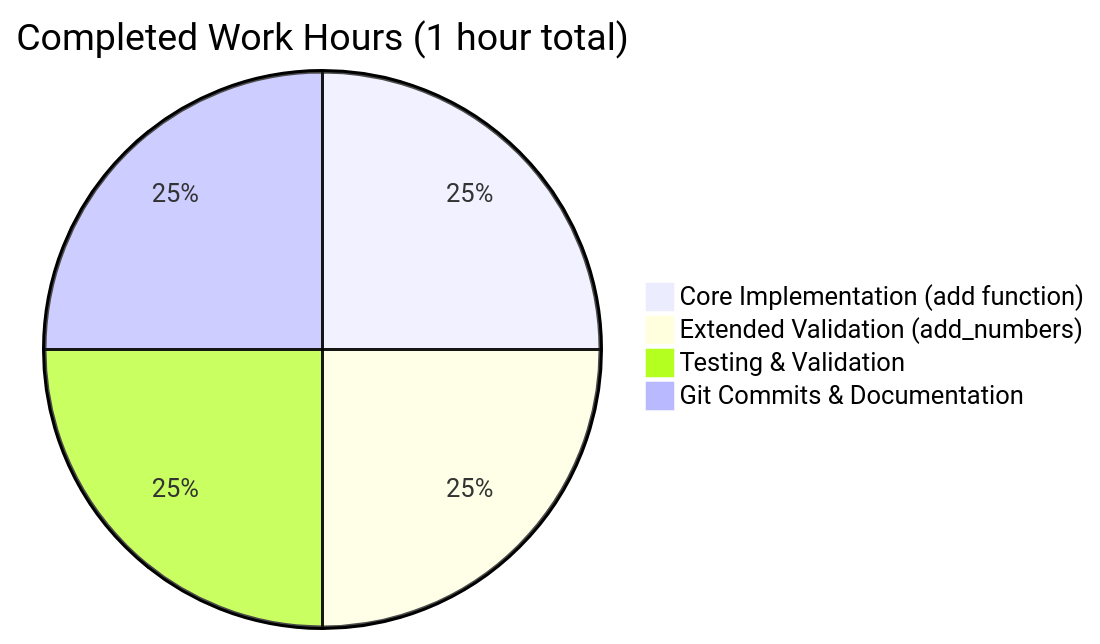
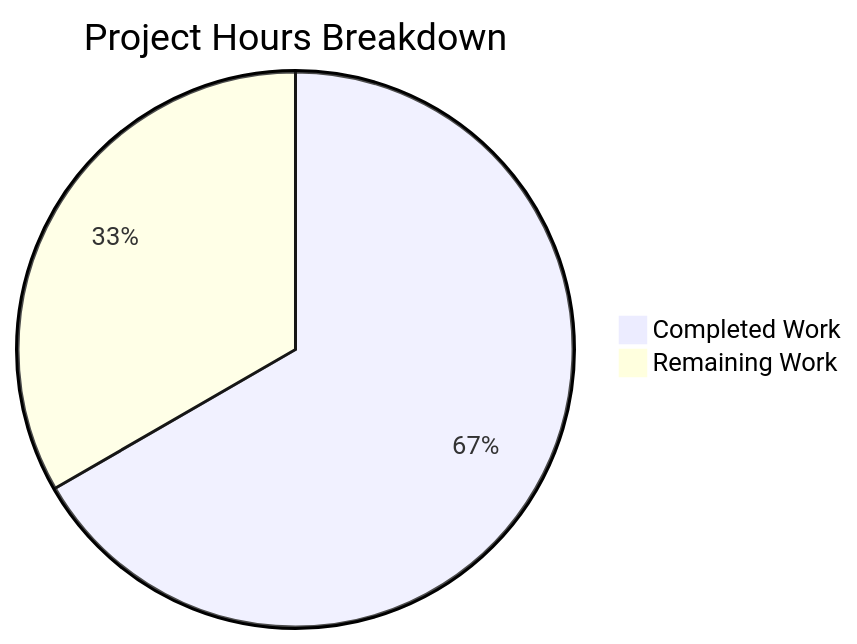
One commit to prasad-blitzy/quick-repo-3 changed the diagram in blitzy/documentation/Project Guide.md. Above: the diagram before and after it, drawn with Mermaid. The commit also changed other lines of this file, not shown here.

Commit message:
Adding Blitzy Project Guide: Project Status and Human Tasks Remaining

````diff
--- a/blitzy/documentation/Project Guide.md
+++ b/blitzy/documentation/Project Guide.md
@@ -291,7 +63,5 @@
 ```mermaid
-pie title Completed Work Hours (1 hour total)
-    "Core Implementation (add function)" : 0.25
-    "Extended Validation (add_numbers)" : 0.25
-    "Testing & Validation" : 0.25
-    "Git Commits & Documentation" : 0.25
+pie title Project Hours Breakdown
+    "Completed Work" : 1.0
+    "Remaining Work" : 0.5
 ```
````
